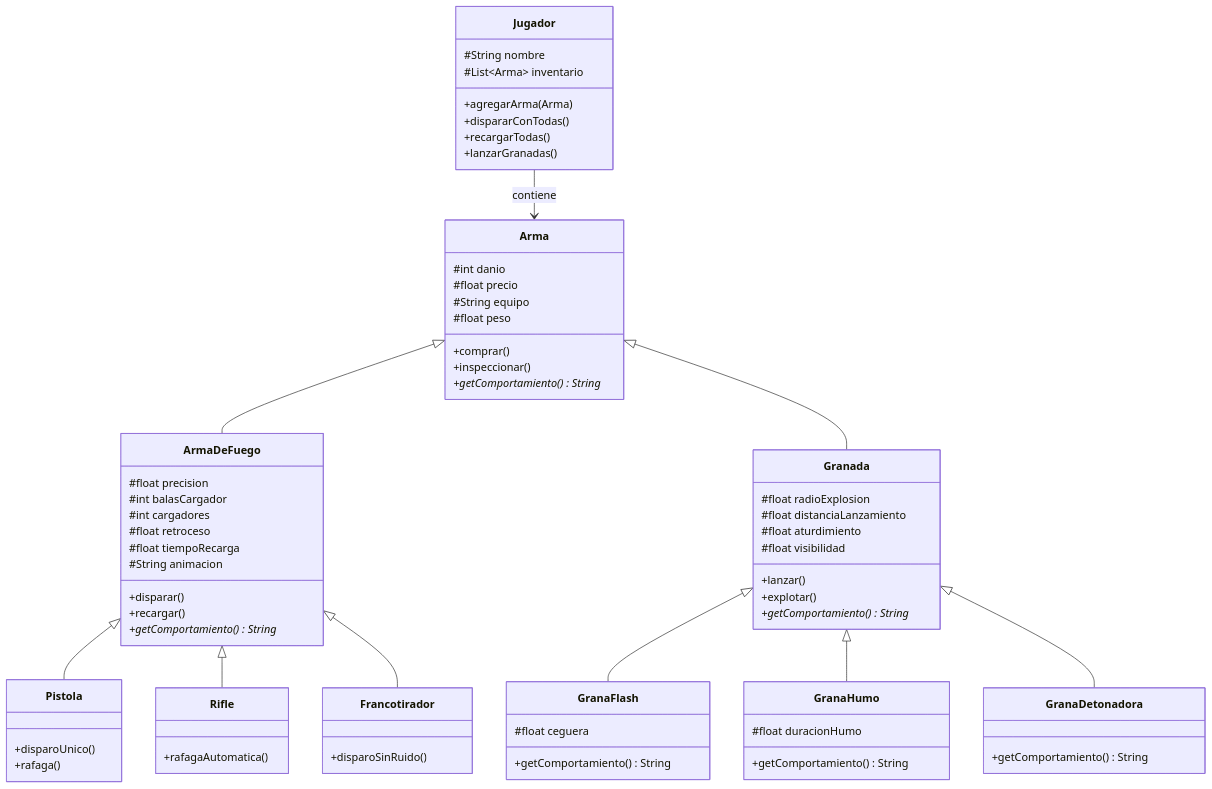
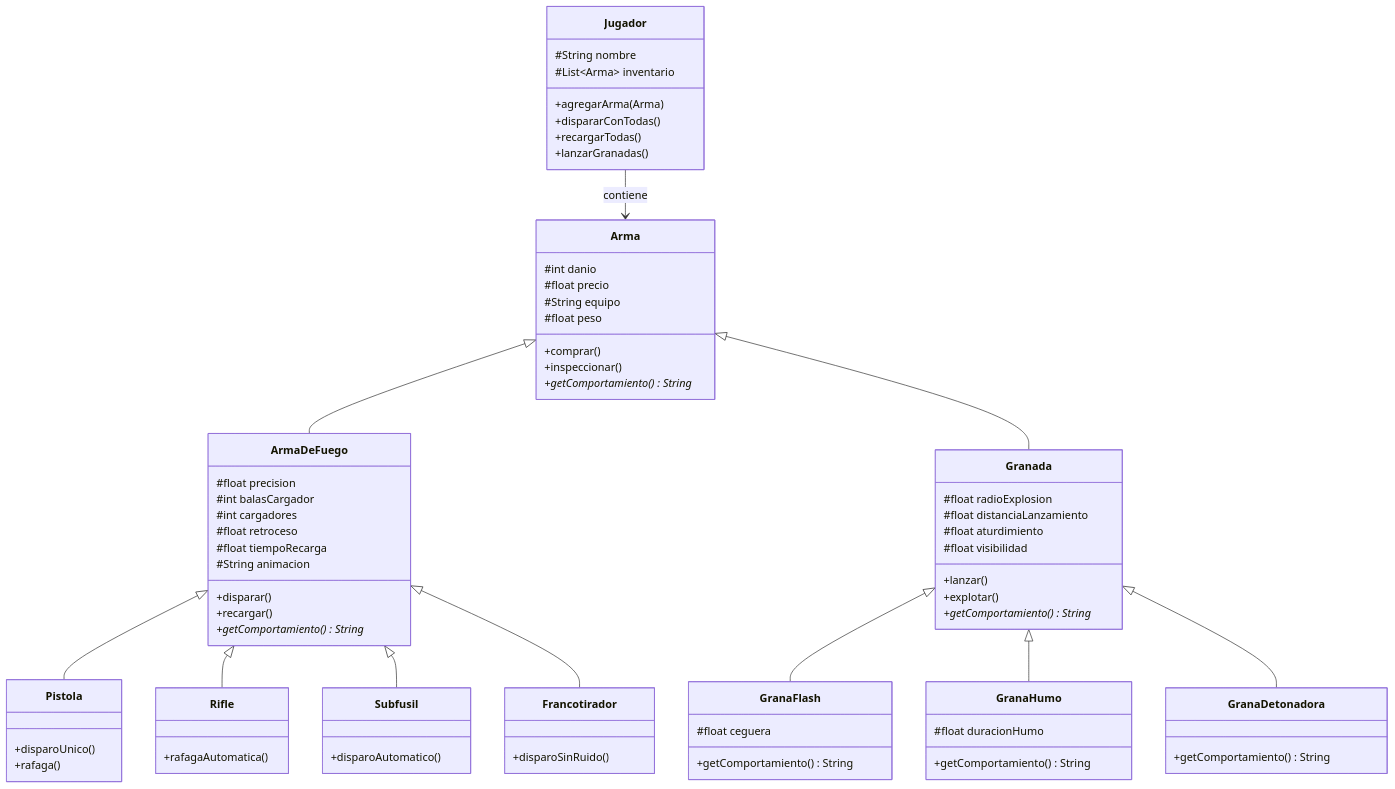
One commit to LTP22/ltauber-tp-lp3-2026 changed the diagram in README.md. Above: the diagram before and after it, drawn with Mermaid. The commit also changed other lines of this file and 4 other files, not shown here.

First line of the commit message:
feat: completar Subfusil en diagrama Mermaid y endpoints

```diff
--- a/README.md
+++ b/README.md
@@ -52,6 +52,10 @@
         +rafagaAutomatica()
     }
     
+    class Subfusil {
+        +disparoAutomatico()
+    }
+    
     class Francotirador {
         +disparoSinRuido()
     }
@@ -85,6 +89,7 @@
     Arma <|-- Granada
     ArmaDeFuego <|-- Pistola
     ArmaDeFuego <|-- Rifle
+    ArmaDeFuego <|-- Subfusil
     ArmaDeFuego <|-- Francotirador
     Granada <|-- GranaFlash
     Granada <|-- GranaHumo
```
